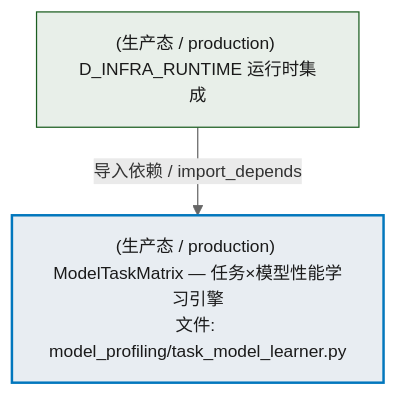
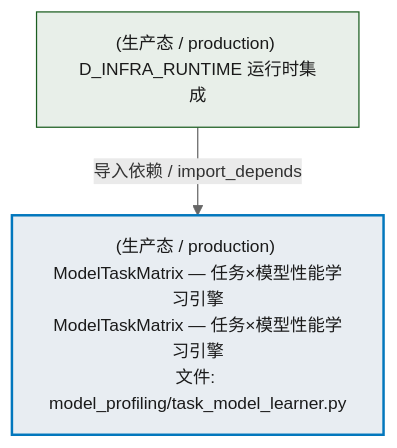
One commit to xuanFelixVan/ZephyrAlpha changed the second of 4 diagrams in docs/02_enterprise_architecture/02_domain_architecture_docs/57_d_intelligence.md. Above: the diagram before and after it, drawn with Mermaid. The commit also changed other lines of this file and 80 other files, not shown here.

````diff
--- a/docs/02_enterprise_architecture/02_domain_architecture_docs/57_d_intelligence.md
+++ b/docs/02_enterprise_architecture/02_domain_architecture_docs/57_d_intelligence.md
@@ -226,13 +228,13 @@
 ```mermaid
 %%{init: {'theme': 'base', 'themeVariables': {'primaryColor': '#eaeaea', 'primaryTextColor': '#333333', 'primaryBorderColor': '#666666', 'lineColor': '#666666', 'secondaryColor': '#eaeaea', 'tertiaryColor': '#eaeaea', 'fontSize': '14px'}}}%%
 flowchart TD
-    src_zephyr_intelligence_model_profiling_task_model_learner_py["(生产态 / production) ModelTaskMatrix — 任务×模型性能学习引擎<br/>文件: model_profiling/task_model_learner.py"]
+    src_zephyr_intelligence_model_profiling_task_model_learner_py["(生产态 / production) ModelTaskMatrix — 任务×模型性能学习引擎<br/>ModelTaskMatrix — 任务×模型性能学习引擎<br/>文件: model_profiling/task_model_learner.py"]
     D_INFRA_RUNTIME["(生产态 / production) D_INFRA_RUNTIME 运行时集成"]
     D_INFRA_RUNTIME -->|导入依赖 / import_depends| src_zephyr_intelligence_model_profiling_task_model_learner_py
     classDef production fill:#e8edf2,stroke:#0277bd,stroke-width:2px,color:#1a1a1a
     classDef design fill:#f0ebe3,stroke:#bf360c,stroke-width:2px,color:#1a1a1a,stroke-dasharray: 5 5
     classDef external_prod fill:#e8efe9,stroke:#1b5e20,stroke-width:1px,color:#1a1a1a
     classDef external_design fill:#efe5ea,stroke:#880e4f,stroke-width:1px,color:#1a1a1a,stroke-dasharray: 5 5
     class src_zephyr_intelligence_model_profiling_task_model_learner_py production
     class D_INFRA_RUNTIME external_prod
 ```
````
